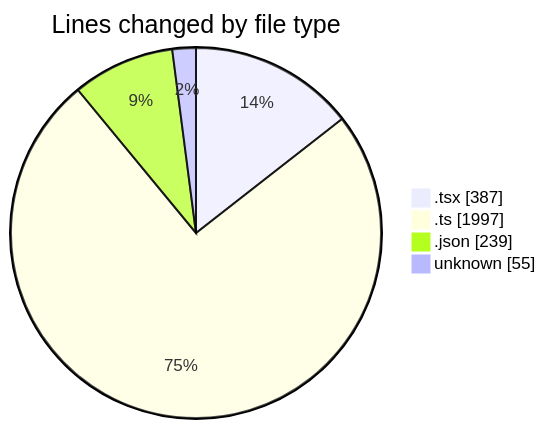
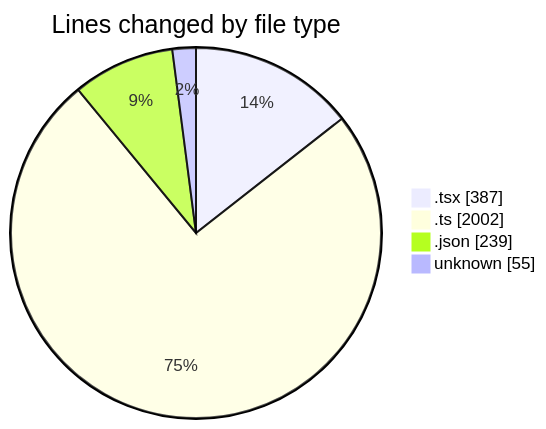
One commit to momahboobian/code-tracking changed the first of 2 diagrams in 2025-10-21/cda/README.md. Above: the diagram before and after it, drawn with Mermaid. The commit also changed other lines of this file and 1 other file, not shown here.

````diff
--- a/2025-10-21/cda/README.md
+++ b/2025-10-21/cda/README.md
@@ -33,8 +33,8 @@
 ```mermaid
 pie showData
 title Lines changed by file type
 ".tsx" : 387
-".ts" : 1997
+".ts" : 2002
 ".json" : 239
 "unknown" : 55
 ```
````
